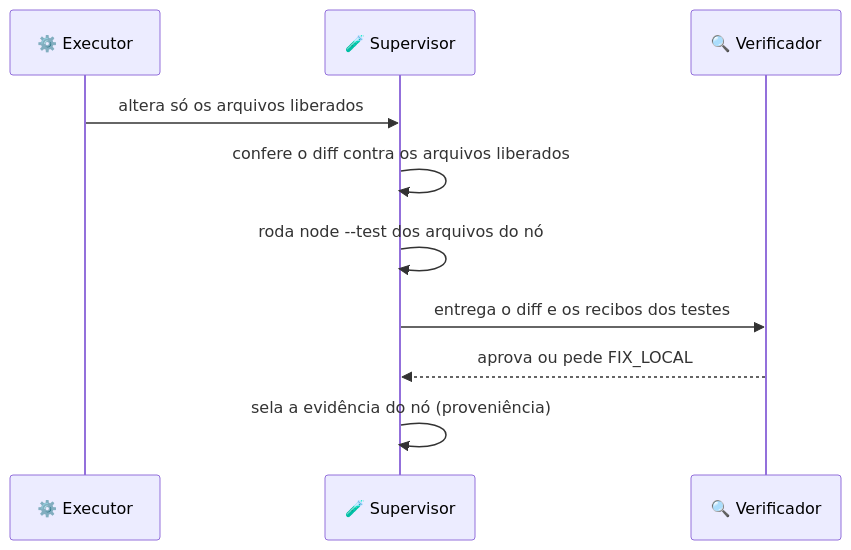
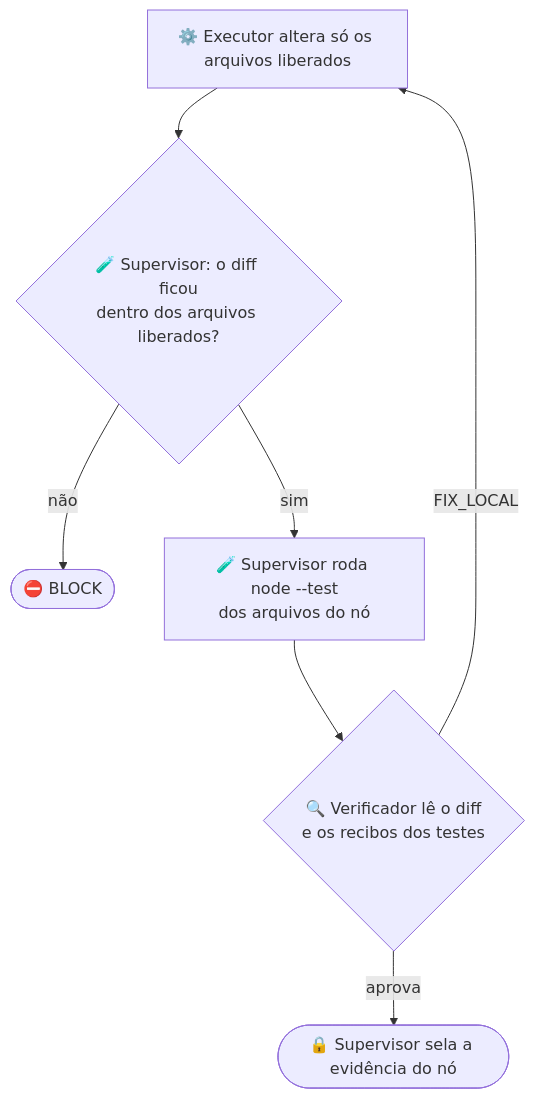
One commit to Dougladmo/graph-eng changed the third of 3 diagrams in README.md. Above: the diagram before and after it, drawn with Mermaid. The commit also changed other lines of this file, not shown here.

Commit message:
docs(readme): diagramas que o GitHub renderiza sem cortar

````diff
--- a/README.md
+++ b/README.md
@@ -162,12 +162,9 @@
 ```mermaid
-sequenceDiagram
-  participant E as ⚙️ Executor
-  participant S as 🧪 Supervisor
-  participant V as 🔍 Verificador
-  E->>S: altera só os arquivos liberados
-  S->>S: confere o diff contra os arquivos liberados
-  S->>S: roda node --test dos arquivos do nó
-  S->>V: entrega o diff e os recibos dos testes
-  V-->>S: aprova ou pede FIX_LOCAL
-  S->>S: sela a evidência do nó (proveniência)
+flowchart TD
+  E[⚙️ Executor altera só os arquivos liberados] --> D{🧪 Supervisor: o diff ficou<br/>dentro dos arquivos liberados?}
+  D -- não --> X([⛔ BLOCK])
+  D -- sim --> T[🧪 Supervisor roda node --test<br/>dos arquivos do nó]
+  T --> V{🔍 Verificador lê o diff<br/>e os recibos dos testes}
+  V -- FIX_LOCAL --> E
+  V -- aprova --> S([🔒 Supervisor sela a evidência do nó])
 ```
````
